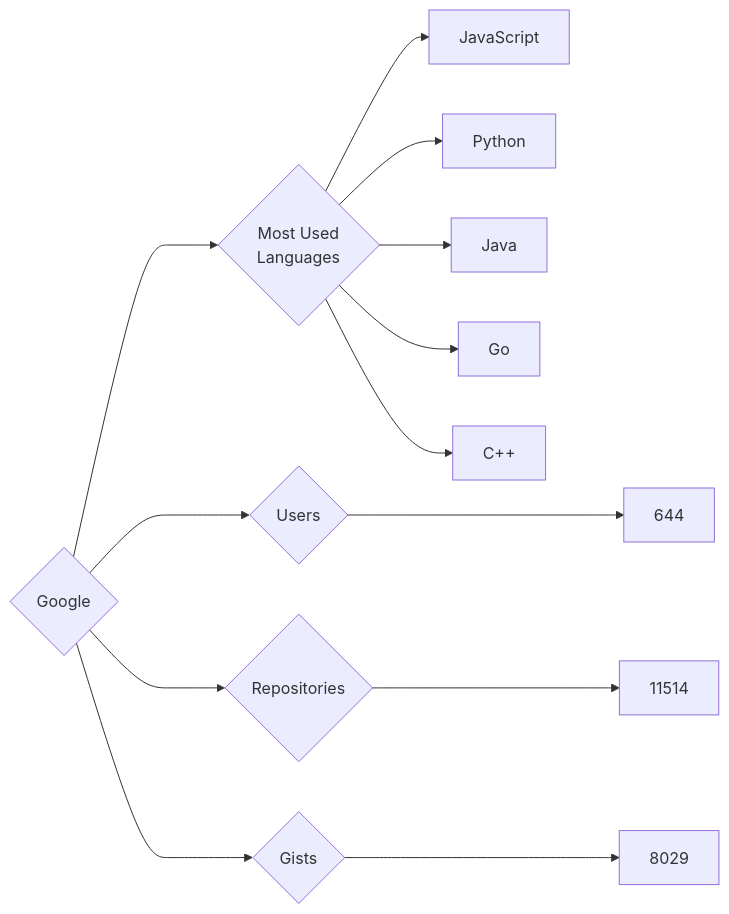
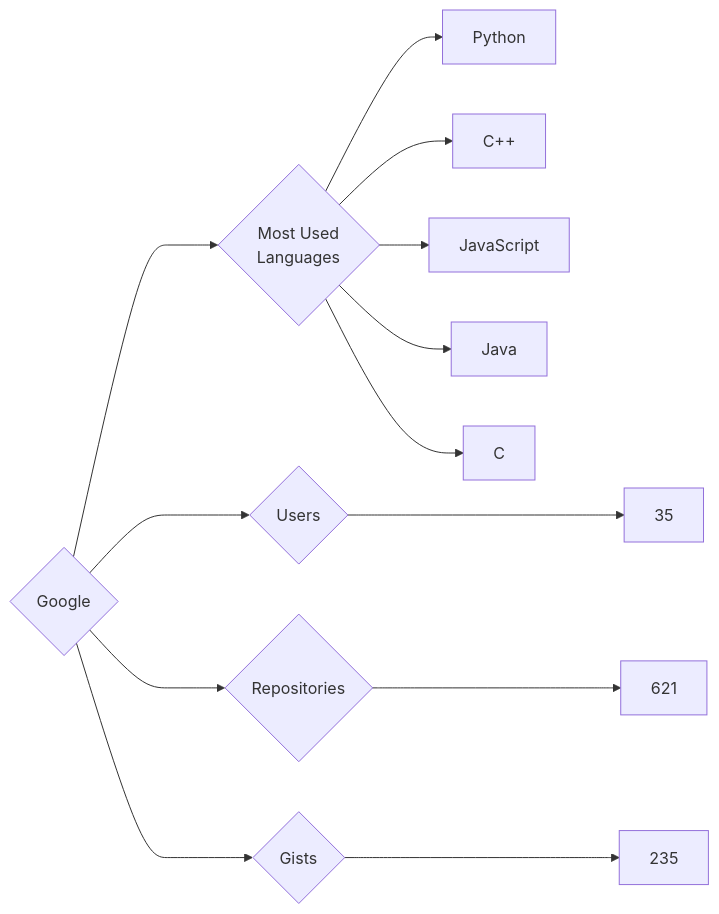
Before and after one commit to trickest/insiders: the diagram in targets/Google/README.md, drawn with Mermaid. The commit also changed 594 other files, not shown here.

````diff
--- a/targets/Google/README.md
+++ b/targets/Google/README.md
@@ -3,13 +3,13 @@
 ```mermaid
 graph LR
 COMPANY_NAME{Google}
-COMPANY_NAME ---> U{Users} ---> UN[644]
-COMPANY_NAME ---> R{Repositories} ---> RN[11514]
-COMPANY_NAME ---> G{Gists} ---> GN[8029]
+COMPANY_NAME ---> U{Users} ---> UN[35]
+COMPANY_NAME ---> R{Repositories} ---> RN[621]
+COMPANY_NAME ---> G{Gists} ---> GN[235]
 COMPANY_NAME ---> ML{Most Used<br>Languages}
+ML --> Python[Python]
+ML --> C++[C++]
 ML --> JavaScript[JavaScript]
-ML --> Python[Python]
 ML --> Java[Java]
-ML --> Go[Go]
-ML --> C++[C++]
+ML --> C[C]
 ```
````
